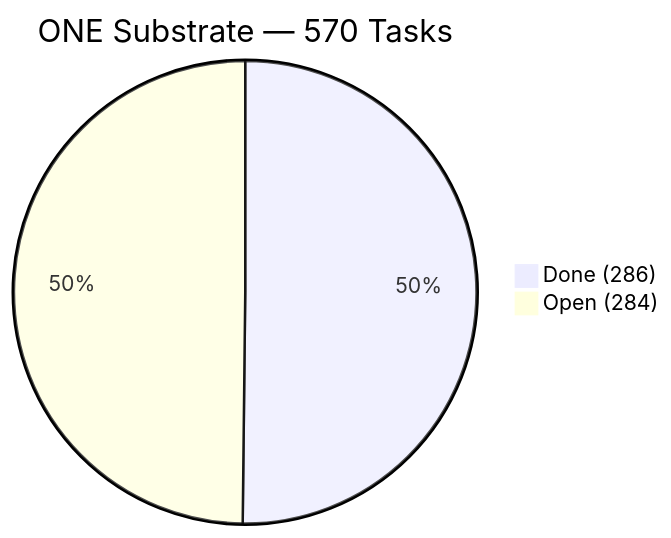
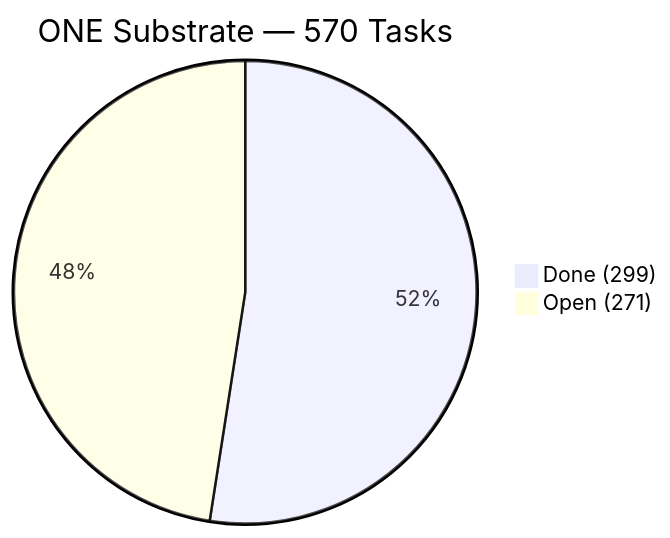
The first of 4 diagrams in docs/TODO.md (tonyoconnell/agent-ui), drawn with Mermaid before and after one commit. The commit also changed other lines of this file and 47 other files, not shown here.

````diff
--- a/docs/TODO.md
+++ b/docs/TODO.md
@@ -6,5 +6,5 @@
 ```mermaid
 pie title ONE Substrate — 570 Tasks
-    "Done (286)" : 286
-    "Open (284)" : 284
+    "Done (299)" : 299
+    "Open (271)" : 271
 ```
````
